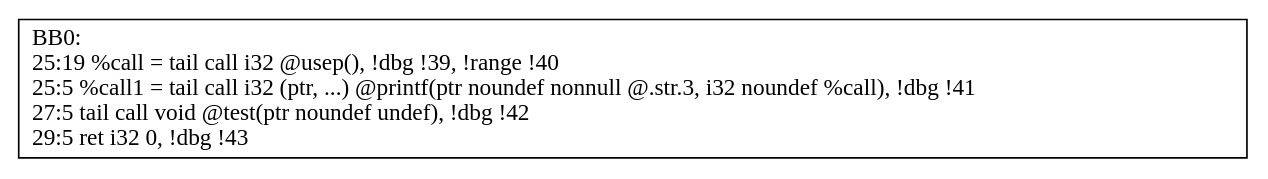
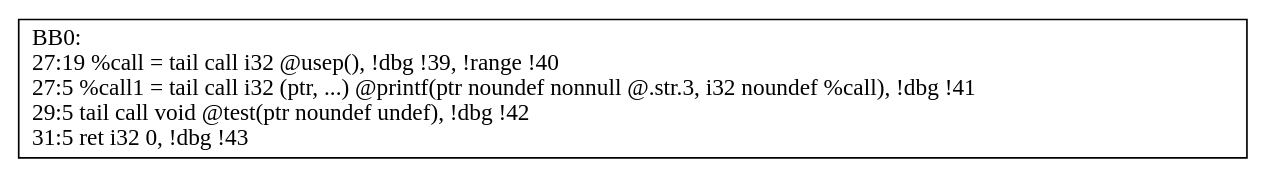
The diagram in output/demo1.ll_main_CFG.dot (M-ouse/FinalDesign), drawn with Graphviz before and after one commit. The commit also changed 10 other files, not shown here.

```diff
--- a/output/demo1.ll_main_CFG.dot
+++ b/output/demo1.ll_main_CFG.dot
@@ -1,3 +1,3 @@
 digraph "CFG for'main' function" {
-	BB0 [shape=record, label="{BB0:\l25:19   %call = tail call i32 @usep(), !dbg !39, !range !40\l 25:5   %call1 = tail call i32 (ptr, ...) @printf(ptr noundef nonnull @.str.3, i32 noundef %call), !dbg !41\l 27:5   tail call void @test(ptr noundef undef), !dbg !42\l 29:5   ret i32 0, !dbg !43\l }"];
+	BB0 [shape=record, label="{BB0:\l27:19   %call = tail call i32 @usep(), !dbg !39, !range !40\l 27:5   %call1 = tail call i32 (ptr, ...) @printf(ptr noundef nonnull @.str.3, i32 noundef %call), !dbg !41\l 29:5   tail call void @test(ptr noundef undef), !dbg !42\l 31:5   ret i32 0, !dbg !43\l }"];
 }
```
